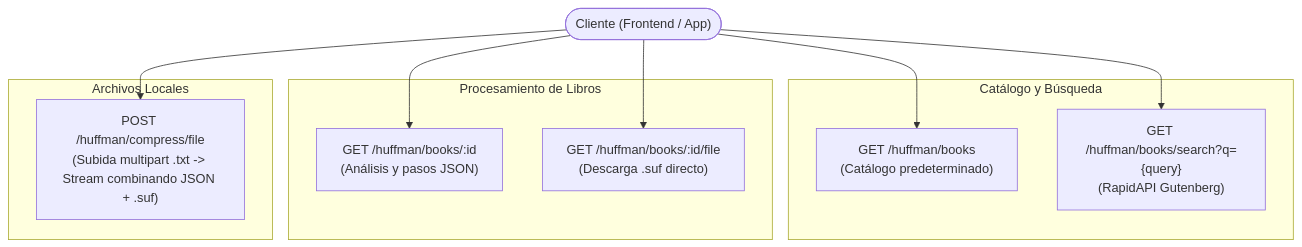
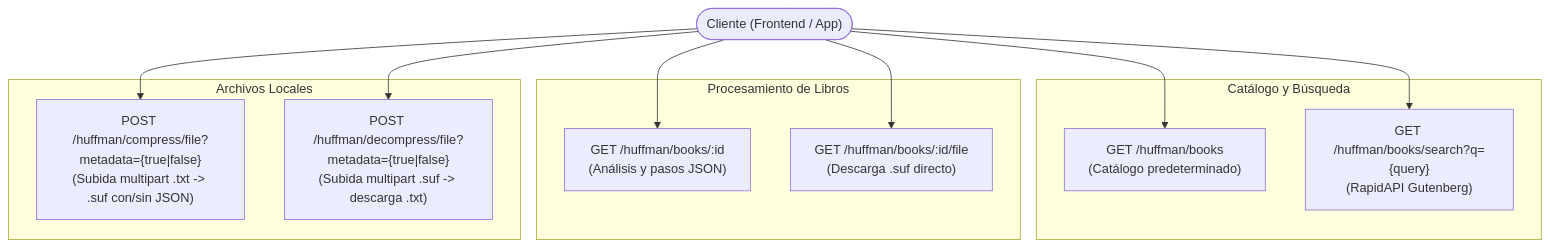
The diagram in docs/FORMATO-HUFFMAN.md (qci-stack-underflow/algorithms-visualization-backend), drawn with Mermaid before and after one commit. The commit also changed other lines of this file and 1 other file, not shown here.

Commit message:
docs(huffman): document metadata flag and decompress endpoint

````diff
--- a/docs/FORMATO-HUFFMAN.md
+++ b/docs/FORMATO-HUFFMAN.md
@@ -50,24 +50,26 @@
 ```mermaid
 flowchart TD
     Client(["Cliente (Frontend / App)"])
     
     subgraph Catálogo y Búsqueda
         E1["GET /huffman/books<br/>(Catálogo predeterminado)"]
         E2["GET /huffman/books/search?q={query}<br/>(RapidAPI Gutenberg)"]
     end
 
     subgraph Procesamiento de Libros
         E3["GET /huffman/books/:id<br/>(Análisis y pasos JSON)"]
         E4["GET /huffman/books/:id/file<br/>(Descarga .suf directo)"]
     end
 
     subgraph Archivos Locales
-        E5["POST /huffman/compress/file<br/>(Subida multipart .txt -> Stream combinando JSON + .suf)"]
+        E5["POST /huffman/compress/file?metadata={true|false}<br/>(Subida multipart .txt -> .suf con/sin JSON)"]
+        E6["POST /huffman/decompress/file?metadata={true|false}<br/>(Subida multipart .suf -> descarga .txt)"]
     end
 
     Client --> E1
     Client --> E2
     Client --> E3
     Client --> E4
     Client --> E5
+    Client --> E6
 ```
````
